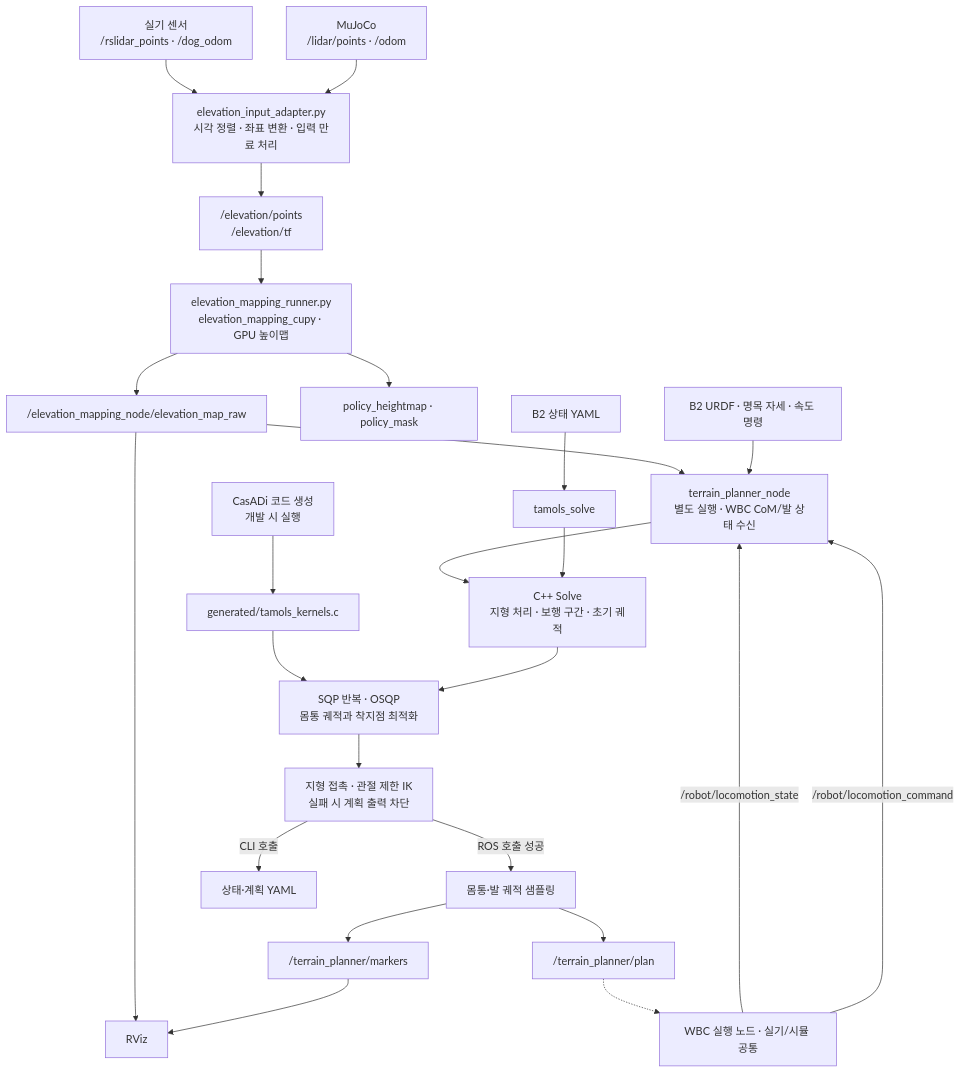
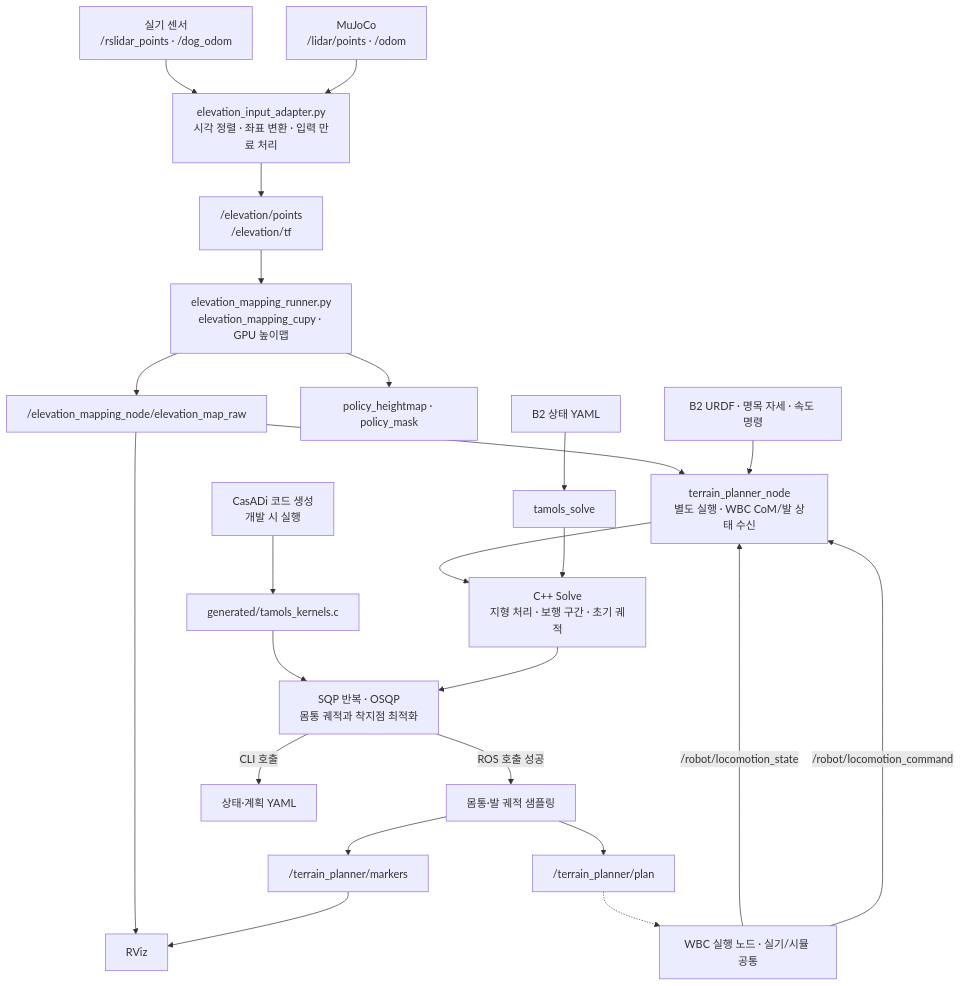
One commit to JaeMinSong-code/b2_terrain_planning changed the diagram in README.md. Above: the diagram before and after it, drawn with Mermaid. The commit also changed other lines of this file and 8 other files, not shown here.

````diff
--- a/README.md
+++ b/README.md
@@ -60,27 +61,26 @@
 ```mermaid
 flowchart TD
     Real["실기 센서<br/>/rslidar_points · /dog_odom"] --> Adapter
     Sim["MuJoCo<br/>/lidar/points · /odom"] --> Adapter
     Adapter["elevation_input_adapter.py<br/>시각 정렬 · 좌표 변환 · 입력 만료 처리"] --> Points["/elevation/points<br/>/elevation/tf"]
     Points --> Map["elevation_mapping_runner.py<br/>elevation_mapping_cupy · GPU 높이맵"]
     Map --> Grid["/elevation_mapping_node/elevation_map_raw"]
     Map --> Crop["policy_heightmap · policy_mask"]
     WBC -->|/robot/locomotion_state| Node
     WBC -->|/robot/locomotion_command| Node
     Grid --> Node["terrain_planner_node<br/>별도 실행 · WBC CoM/발 상태 수신"]
     Model["B2 URDF · 명목 자세 · 속도 명령"] --> Node
     Node --> Solve["C++ Solve<br/>지형 처리 · 보행 구간 · 초기 궤적"]
     Yaml["B2 상태 YAML"] --> CLI["tamols_solve"]
     CLI --> Solve
     Codegen["CasADi 코드 생성<br/>개발 시 실행"] --> Kernel["generated/tamols_kernels.c"]
     Kernel --> SQP["SQP 반복 · OSQP<br/>몸통 궤적과 착지점 최적화"]
     Solve --> SQP
-    SQP --> Check["지형 접촉 · 관절 제한 IK<br/>실패 시 계획 출력 차단"]
-    Check -->|ROS 호출 성공| Sample["몸통·발 궤적 샘플링"]
-    Check -->|CLI 호출| Result["상태·계획 YAML"]
+    SQP -->|ROS 호출 성공| Sample["몸통·발 궤적 샘플링"]
+    SQP -->|CLI 호출| Result["상태·계획 YAML"]
     Sample --> Plan["/terrain_planner/plan"]
     Sample --> Markers["/terrain_planner/markers"]
     Grid --> RViz["RViz"]
     Markers --> RViz
     Plan -.-> WBC["WBC 실행 노드 · 실기/시뮬 공통"]
 ```
````
